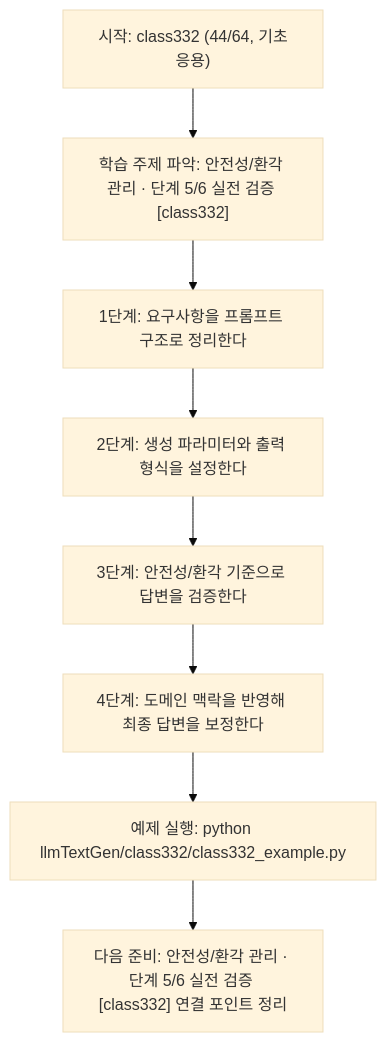
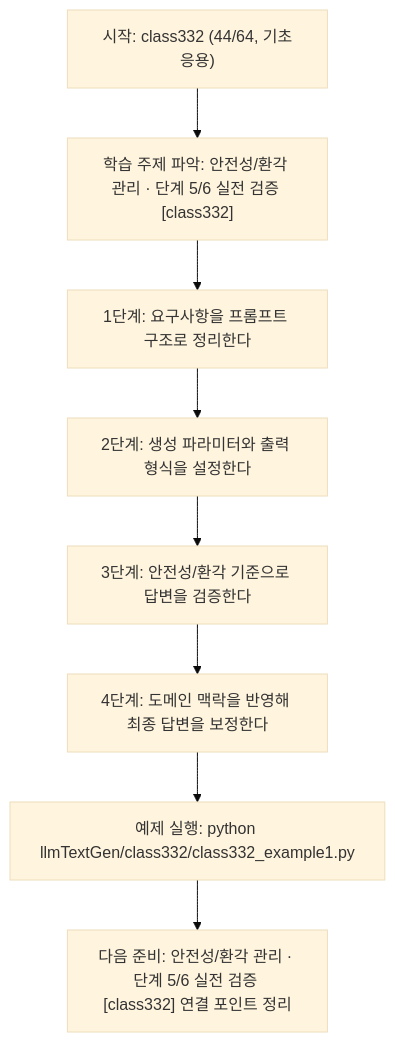
Before and after one commit to edumgt/Python-AI_Agent-Class: the diagram in llmTextGen/class332/class332.md, drawn with Mermaid (base theme). The commit also changed other lines of this file and 2959 other files, not shown here.

````diff
--- a/llmTextGen/class332/class332.md
+++ b/llmTextGen/class332/class332.md
@@ -114,18 +114,18 @@
 ```mermaid
 flowchart TD
 N1["시작: class332 (44/64, 기초응용)"]
 N2["학습 주제 파악: 안전성/환각 관리 · 단계 5/6 실전 검증 [class332]"]
 N3["1단계: 요구사항을 프롬프트 구조로 정리한다"]
 N4["2단계: 생성 파라미터와 출력 형식을 설정한다"]
 N5["3단계: 안전성/환각 기준으로 답변을 검증한다"]
 N6["4단계: 도메인 맥락을 반영해 최종 답변을 보정한다"]
-N7["예제 실행: python llmTextGen/class332/class332_example.py"]
+N7["예제 실행: python llmTextGen/class332/class332_example1.py"]
 N8["다음 준비: 안전성/환각 관리 · 단계 5/6 실전 검증 [class332] 연결 포인트 정리"]
 N1 --> N2
 N2 --> N3
 N3 --> N4
 N4 --> N5
 N5 --> N6
 N6 --> N7
 N7 --> N8
 ```
````
